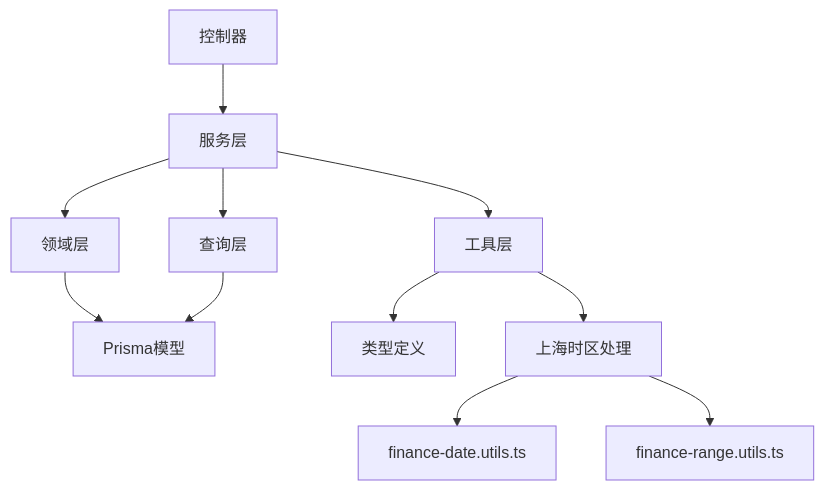
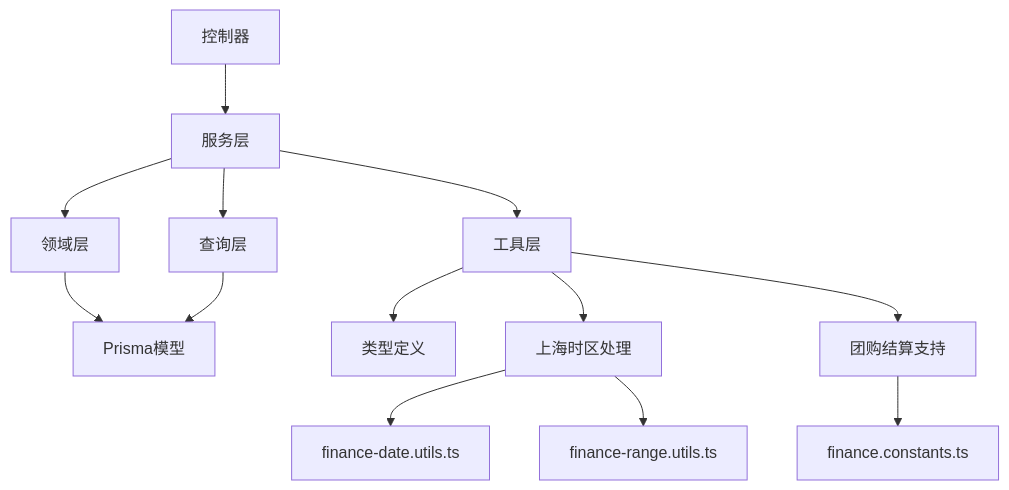
One commit to rc558620/purelyprofit-server changed the eighth of 8 diagrams in .qoder/repowiki/zh/content/业务模块/财务管理模块/财务管理模块.md. Above: the diagram before and after it, drawn with Mermaid. The commit also changed other lines of this file and 117 other files, not shown here.

````diff
--- a/.qoder/repowiki/zh/content/业务模块/财务管理模块/财务管理模块.md
+++ b/.qoder/repowiki/zh/content/业务模块/财务管理模块/财务管理模块.md
@@ -508,13 +558,15 @@
 ```mermaid
 graph TB
 Ctrl["控制器"] --> Svc["服务层"]
 Svc --> Domains["领域层"]
 Svc --> Queries["查询层"]
 Svc --> Utils["工具层"]
 Domains --> Prisma["Prisma模型"]
 Queries --> Prisma
 Utils --> Types["类型定义"]
 Utils --> TZ["上海时区处理"]
+Utils --> Groupon["团购结算支持"]
 TZ --> DateUtils["finance-date.utils.ts"]
 TZ --> RangeUtils["finance-range.utils.ts"]
+Groupon --> Constants["finance.constants.ts"]
 ```
````
